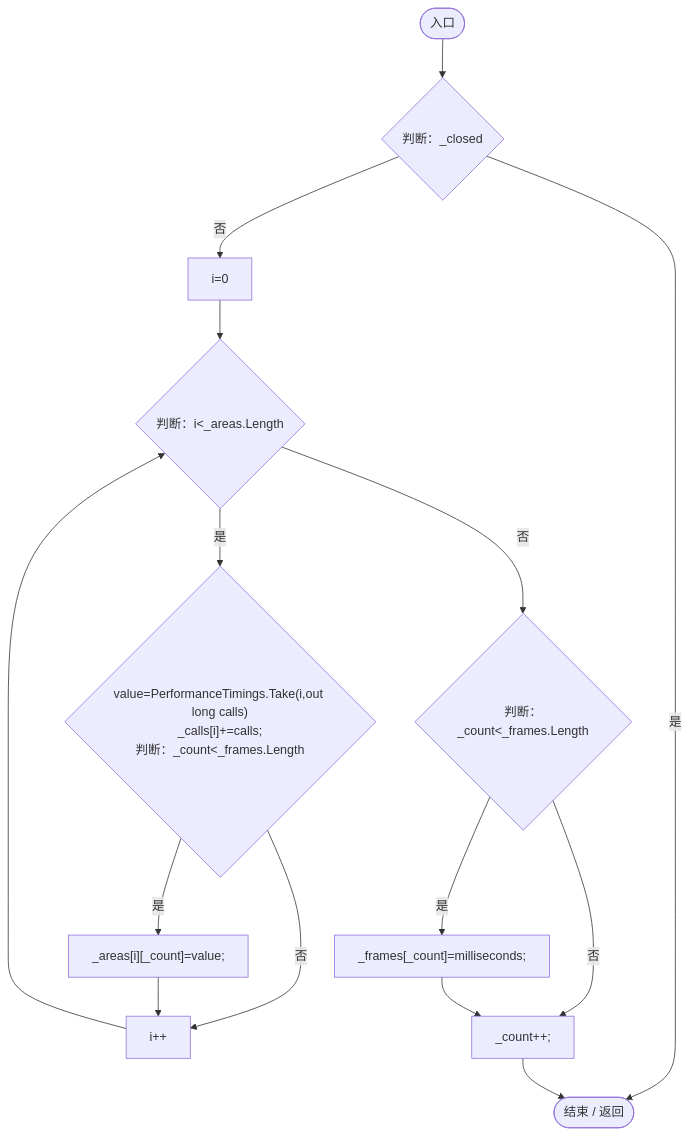
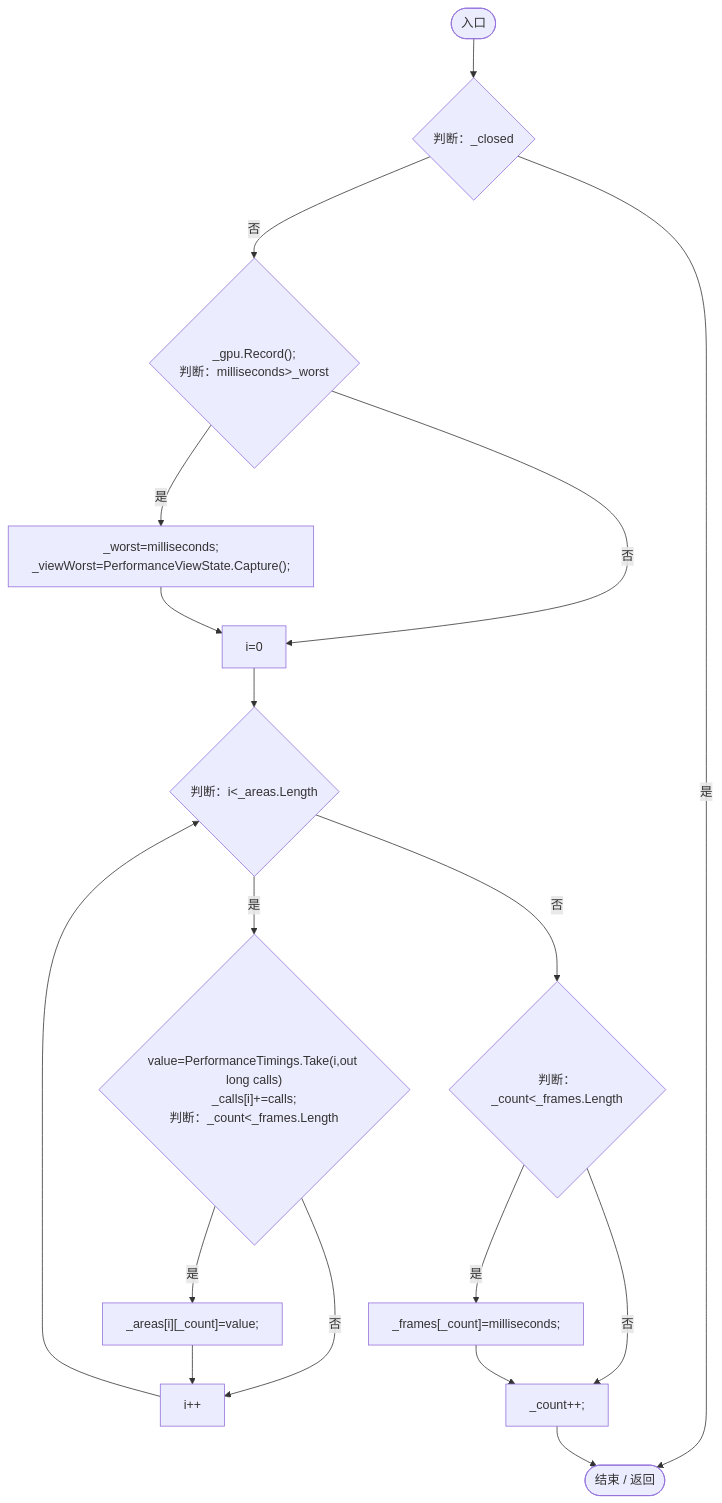
Diagram 11 of 16 in Docs/运行流程图/脚本/a8403a4c7503726d.md (xhs6666/Darwin_paradise), drawn with Mermaid before and after one commit. The commit also changed other lines of this file and 178 other files, not shown here.

Commit message:
Capture GPU and view context; audit near-view and high-speed stalls

````diff
--- a/Docs/运行流程图/脚本/a8403a4c7503726d.md
+++ b/Docs/运行流程图/脚本/a8403a4c7503726d.md
@@ -301,29 +303,34 @@
 ```mermaid
 flowchart TD
   b0(["入口"])
   b1{"判断：_closed"}
-  b2["i=0"]
-  b3{"判断：i&lt;_areas.Length"}
-  b4{"value=PerformanceTimings.Take(i,out long calls)<br/>_calls[i]+=calls;<br/>判断：_count&lt;_frames.Length"}
-  b5["_areas[i][_count]=value;"]
-  b6["i++"]
-  b7{"判断：_count&lt;_frames.Length"}
-  b8["_frames[_count]=milliseconds;"]
-  b9["_count++;"]
-  b10(["结束 / 返回"])
+  b2{"_gpu.Record();<br/>判断：milliseconds&gt;_worst"}
+  b3["_worst=milliseconds;<br/>_viewWorst=PerformanceViewState.Capture();"]
+  b4["i=0"]
+  b5{"判断：i&lt;_areas.Length"}
+  b6{"value=PerformanceTimings.Take(i,out long calls)<br/>_calls[i]+=calls;<br/>判断：_count&lt;_frames.Length"}
+  b7["_areas[i][_count]=value;"]
+  b8["i++"]
+  b9{"判断：_count&lt;_frames.Length"}
+  b10["_frames[_count]=milliseconds;"]
+  b11["_count++;"]
+  b12(["结束 / 返回"])
   b0 --> b1
-  b1 -->|"是"| b10
+  b1 -->|"是"| b12
   b1 -->|"否"| b2
-  b2 --> b3
-  b3 -->|"是"| b4
-  b3 -->|"否"| b7
-  b4 -->|"是"| b5
-  b4 -->|"否"| b6
-  b5 --> b6
-  b6 --> b3
-  b7 -->|"是"| b8
-  b7 -->|"否"| b9
-  b8 --> b9
-  b9 --> b10
+  b2 -->|"是"| b3
+  b2 -->|"否"| b4
+  b3 --> b4
+  b4 --> b5
+  b5 -->|"是"| b6
+  b5 -->|"否"| b9
+  b6 -->|"是"| b7
+  b6 -->|"否"| b8
+  b7 --> b8
+  b8 --> b5
+  b9 -->|"是"| b10
+  b9 -->|"否"| b11
+  b10 --> b11
+  b11 --> b12
 
 ```
````
